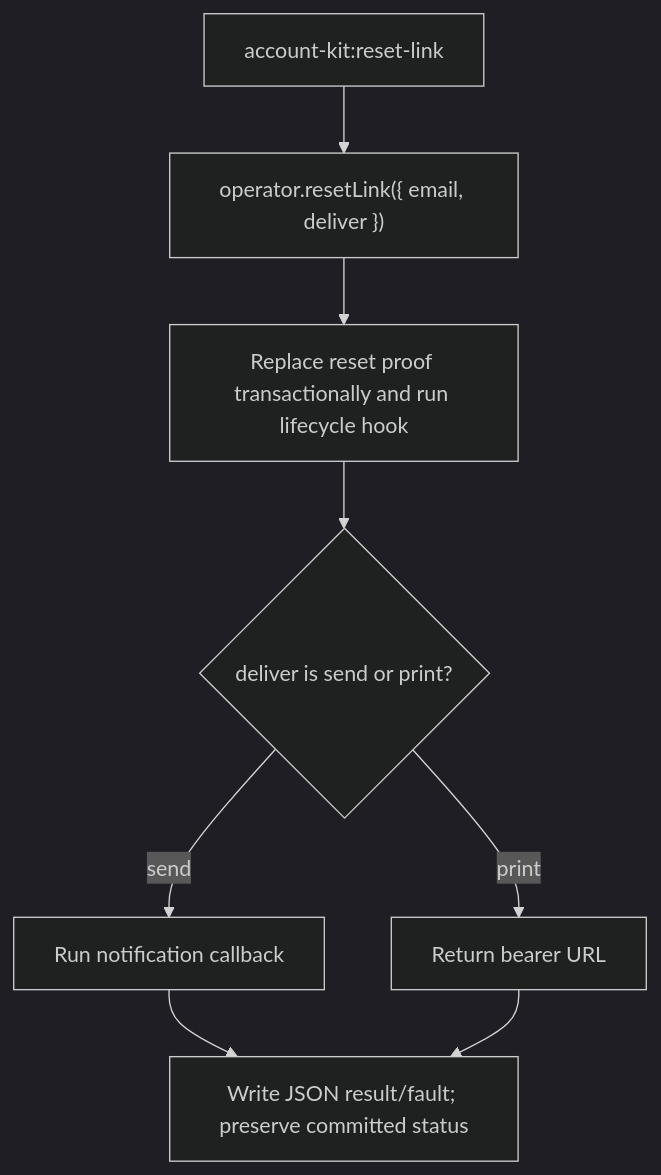
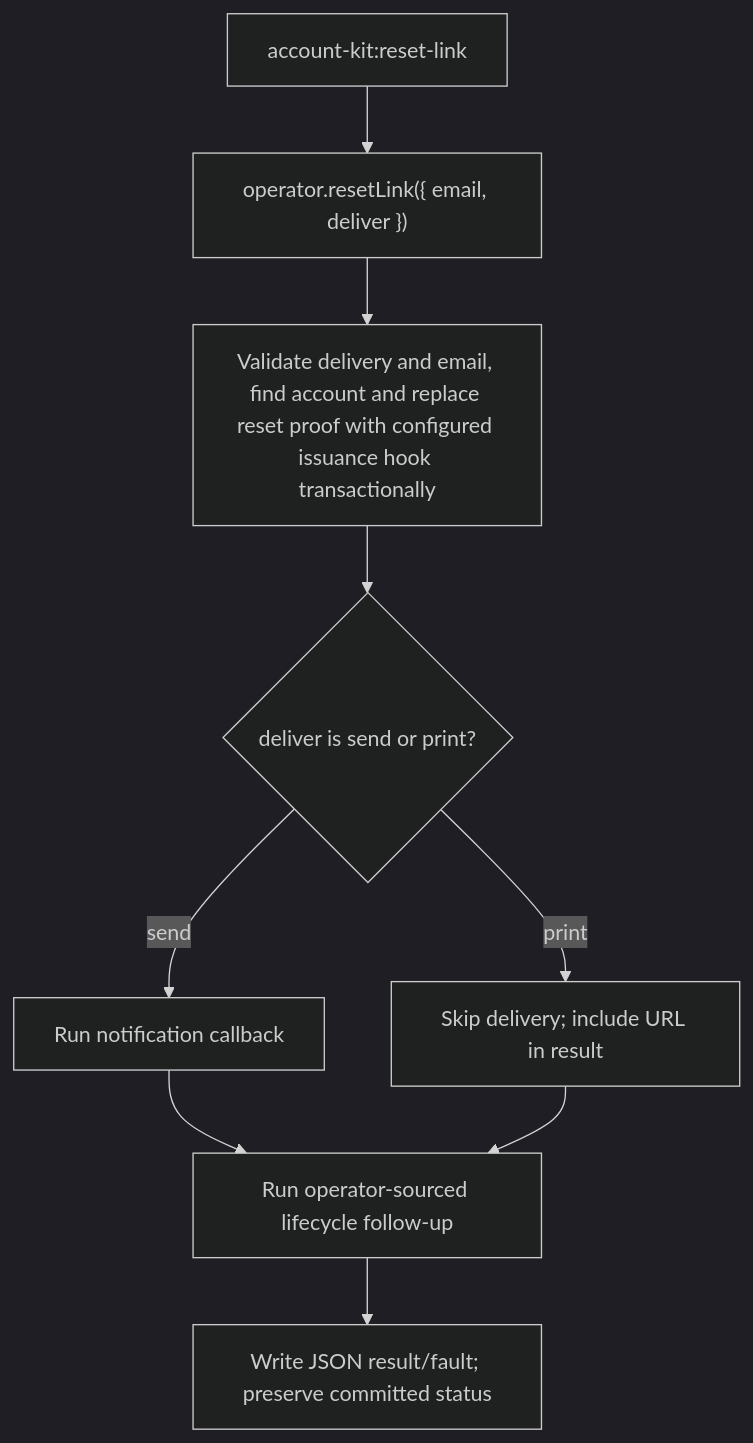
Before and after one commit to Kevinjohn/oss-adonisjs-account-kit: the second of 2 diagrams in user-stories/US-ACCOUNT-52-issue-reset-link-as-operator.md, drawn with Mermaid (dark theme). The commit also changed 43 other files, not shown here.

````diff
--- a/user-stories/US-ACCOUNT-52-issue-reset-link-as-operator.md
+++ b/user-stories/US-ACCOUNT-52-issue-reset-link-as-operator.md
@@ -35,10 +35,11 @@
 ```mermaid
 flowchart TD
  A["account-kit:reset-link"] --> B["operator.resetLink({ email, deliver })"]
- B --> C["Replace reset proof transactionally and run lifecycle hook"]
+ B --> C["Validate delivery and email, find account and replace reset proof with configured issuance hook transactionally"]
  C --> D{"deliver is send or print?"}
  D -->|send| E["Run notification callback"]
- D -->|print| F["Return bearer URL"]
- E --> G["Write JSON result/fault; preserve committed status"]
- F --> G
+ D -->|print| F["Skip delivery; include URL in result"]
+ E --> H["Run operator-sourced lifecycle follow-up"]
+ F --> H
+ H --> G["Write JSON result/fault; preserve committed status"]
 ```
````
